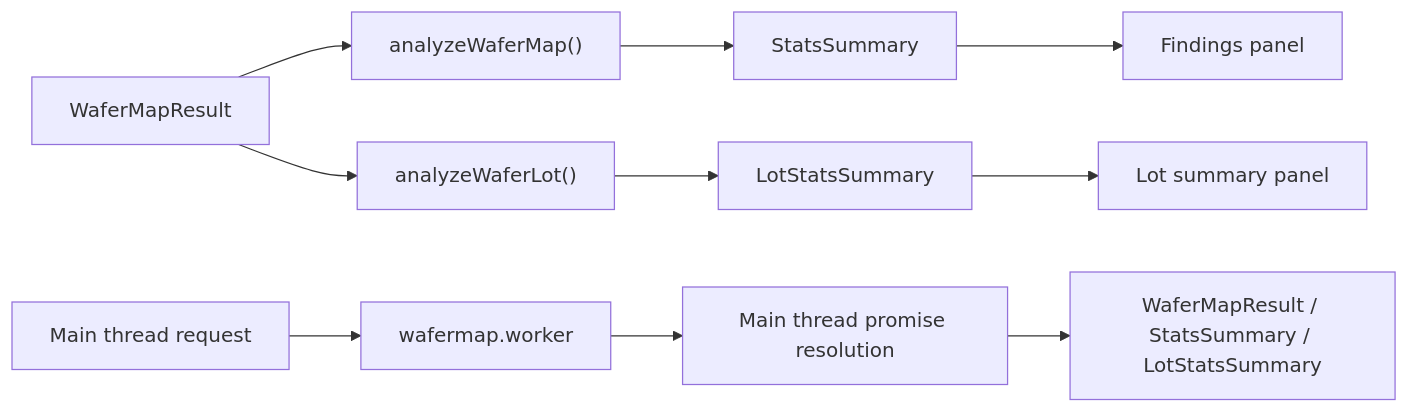
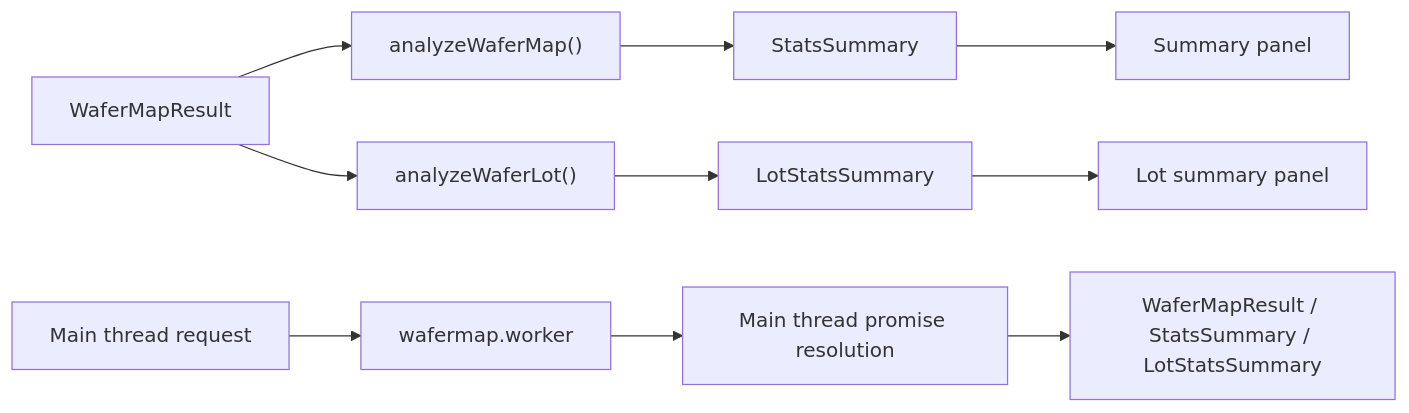
Before and after one commit to wafertools/wafermap: the fifth of 5 diagrams in docs/architecture.md, drawn with Mermaid. The commit also changed other lines of this file and 115 other files, not shown here.

````diff
--- a/docs/architecture.md
+++ b/docs/architecture.md
@@ -199,26 +201,26 @@
 ```mermaid
 graph LR
     result["WaferMapResult"]
     waferStats["analyzeWaferMap()"]
     lotStats["analyzeWaferLot()"]
     waferSummary["StatsSummary"]
     lotSummary["LotStatsSummary"]
-    findings["Findings panel"]
+    findings["Summary panel"]
     lotPanel["Lot summary panel"]
 
     result --> waferStats
     waferStats --> waferSummary
     waferSummary --> findings
     result --> lotStats
     lotStats --> lotSummary
     lotSummary --> lotPanel
 
     workerIn["Main thread request"]
     workerScript["wafermap.worker"]
     workerOut["Main thread promise resolution"]
     workerResult["WaferMapResult / StatsSummary / LotStatsSummary"]
 
     workerIn --> workerScript
     workerScript --> workerOut
     workerOut --> workerResult
 ```
````
